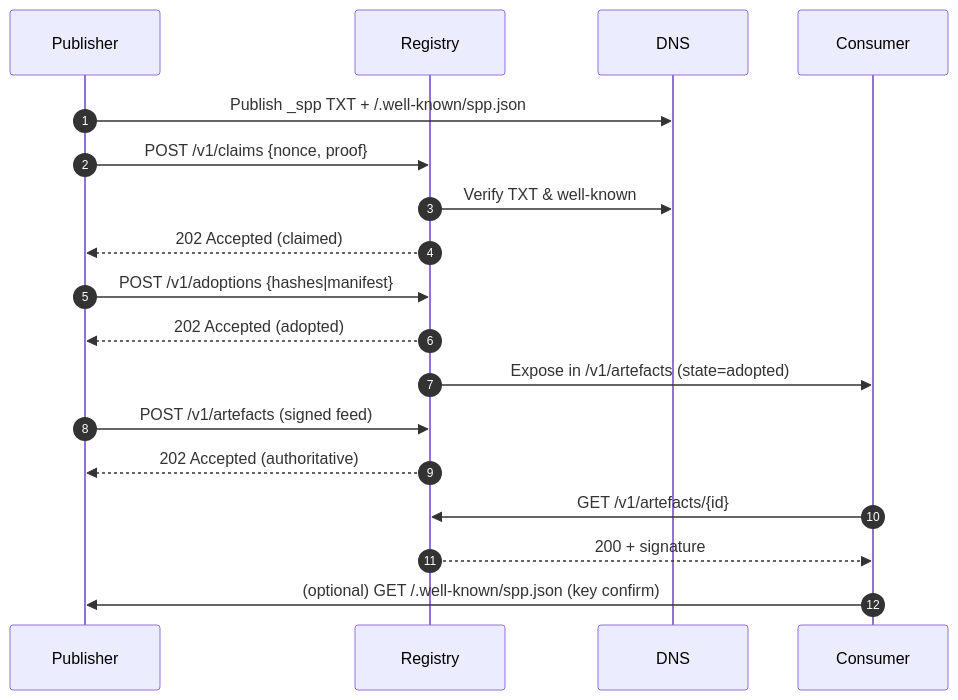
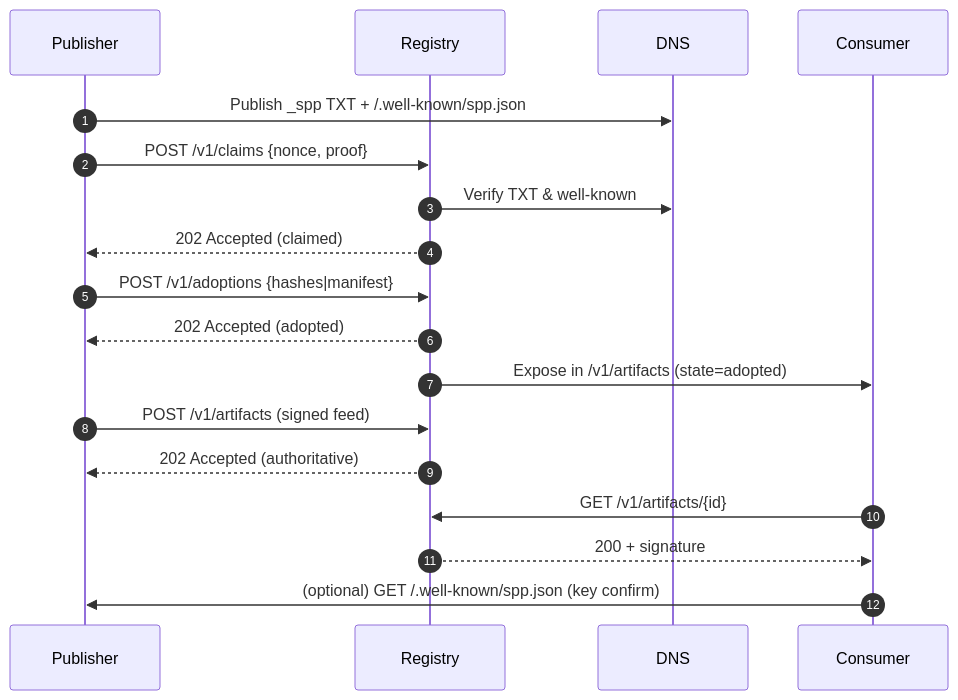
One commit to Stoked-Builds/semantic-publishing-protocol changed the first of 3 diagrams in specs/registry/architecture.md. Above: the diagram before and after it, drawn with Mermaid. The commit also changed other lines of this file and 72 other files, not shown here.

````diff
--- a/specs/registry/architecture.md
+++ b/specs/registry/architecture.md
@@ -753,23 +753,23 @@
 ```mermaid
 sequenceDiagram
   autonumber
   participant Pub as Publisher
   participant Reg as Registry
   participant DNS as DNS
   participant Con as Consumer
 
   Pub->>DNS: Publish _spp TXT + /.well-known/spp.json
   Pub->>Reg: POST /v1/claims {nonce, proof}
   Reg->>DNS: Verify TXT & well-known
   Reg-->>Pub: 202 Accepted (claimed)
 
   Pub->>Reg: POST /v1/adoptions {hashes|manifest}
   Reg-->>Pub: 202 Accepted (adopted)
-  Reg->>Con: Expose in /v1/artefacts (state=adopted)
+  Reg->>Con: Expose in /v1/artifacts (state=adopted)
 
-  Pub->>Reg: POST /v1/artefacts (signed feed)
+  Pub->>Reg: POST /v1/artifacts (signed feed)
   Reg-->>Pub: 202 Accepted (authoritative)
-  Con->>Reg: GET /v1/artefacts/{id}
+  Con->>Reg: GET /v1/artifacts/{id}
   Reg-->>Con: 200 + signature
   Con->>Pub: (optional) GET /.well-known/spp.json (key confirm)
 ```
````
